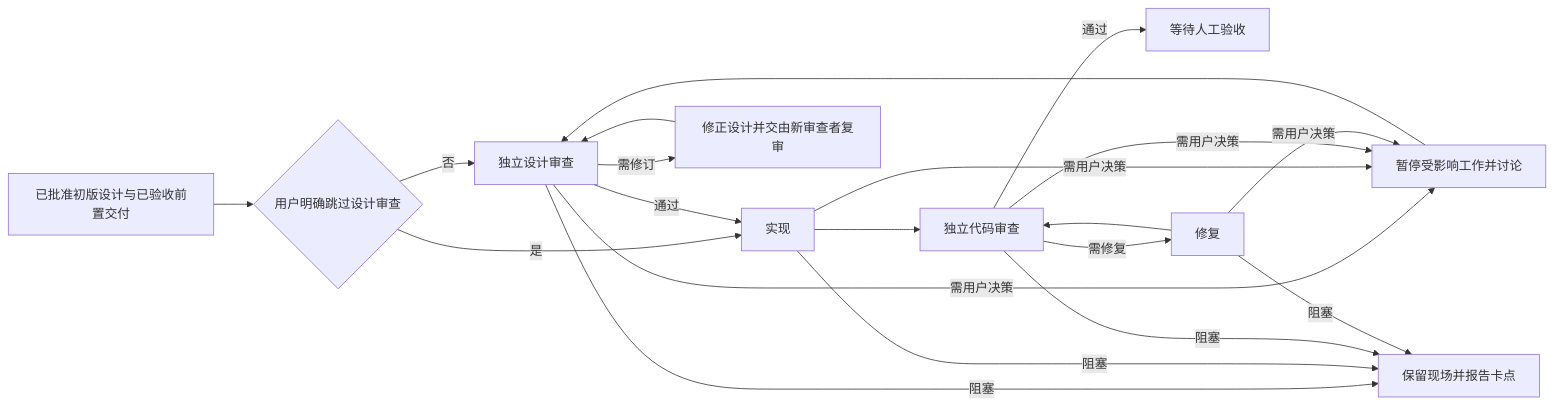
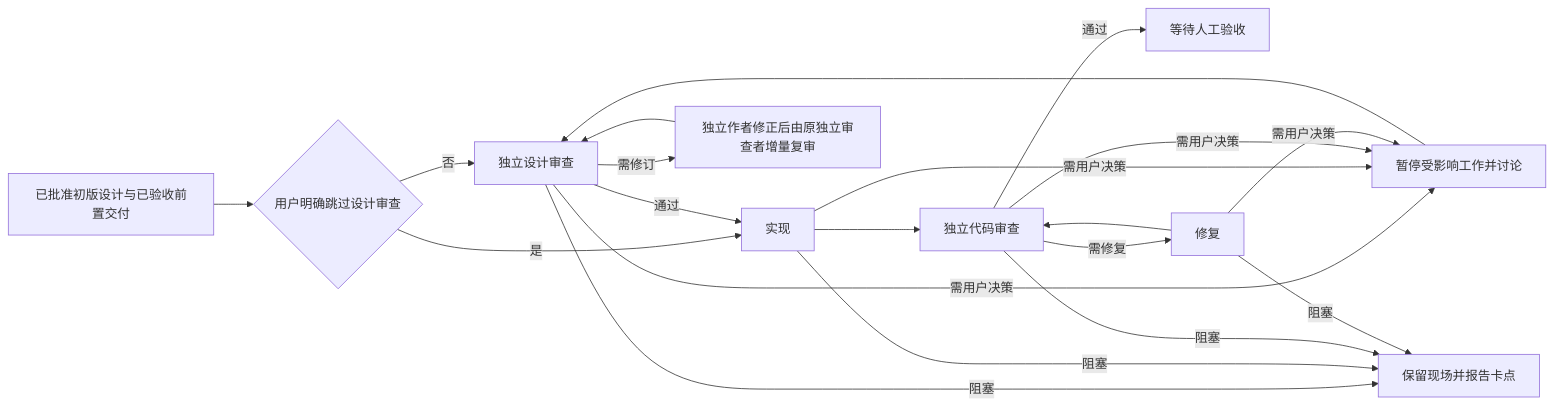
One commit to AiRanthem/agents changed the diagram in docs/designs/autonomous-project-advancement.md. Above: the diagram before and after it, drawn with Mermaid. The commit also changed other lines of this file and 34 other files, not shown here.

````diff
--- a/docs/designs/autonomous-project-advancement.md
+++ b/docs/designs/autonomous-project-advancement.md
@@ -66,22 +66,22 @@
 ```mermaid
 flowchart LR
     A[已批准初版设计与已验收前置交付] --> S{用户明确跳过设计审查}
     S -->|否| B[独立设计审查]
     S -->|是| C
     B -->|通过| C[实现]
-    B -->|需修订| X[修正设计并交由新审查者复审]
+    B -->|需修订| X[独立作者修正后由原独立审查者增量复审]
     X --> B
     B -->|需用户决策| U[暂停受影响工作并讨论]
     U --> B
     C --> D[独立代码审查]
     D -->|通过| E[等待人工验收]
     D -->|需修复| F[修复]
     F --> D
     C -->|需用户决策| U
     D -->|需用户决策| U
     F -->|需用户决策| U
     B -->|阻塞| K[保留现场并报告卡点]
     C -->|阻塞| K
     D -->|阻塞| K
     F -->|阻塞| K
 ```
````
